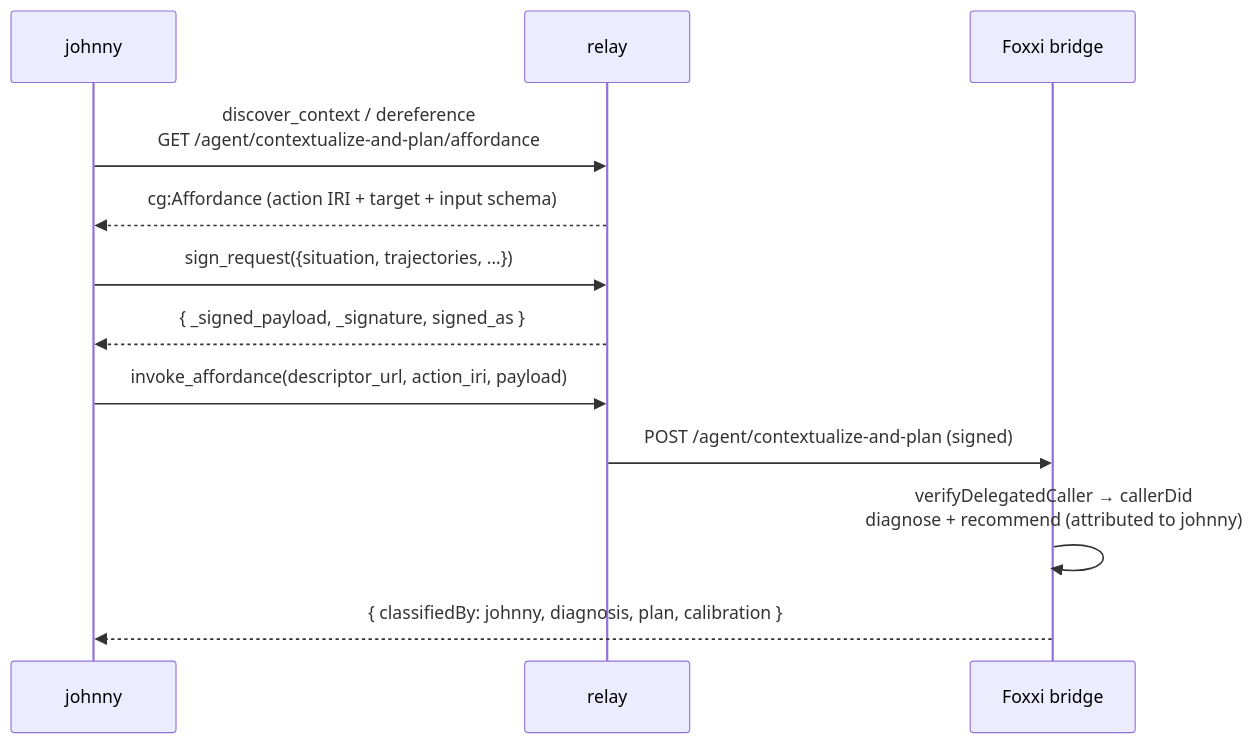
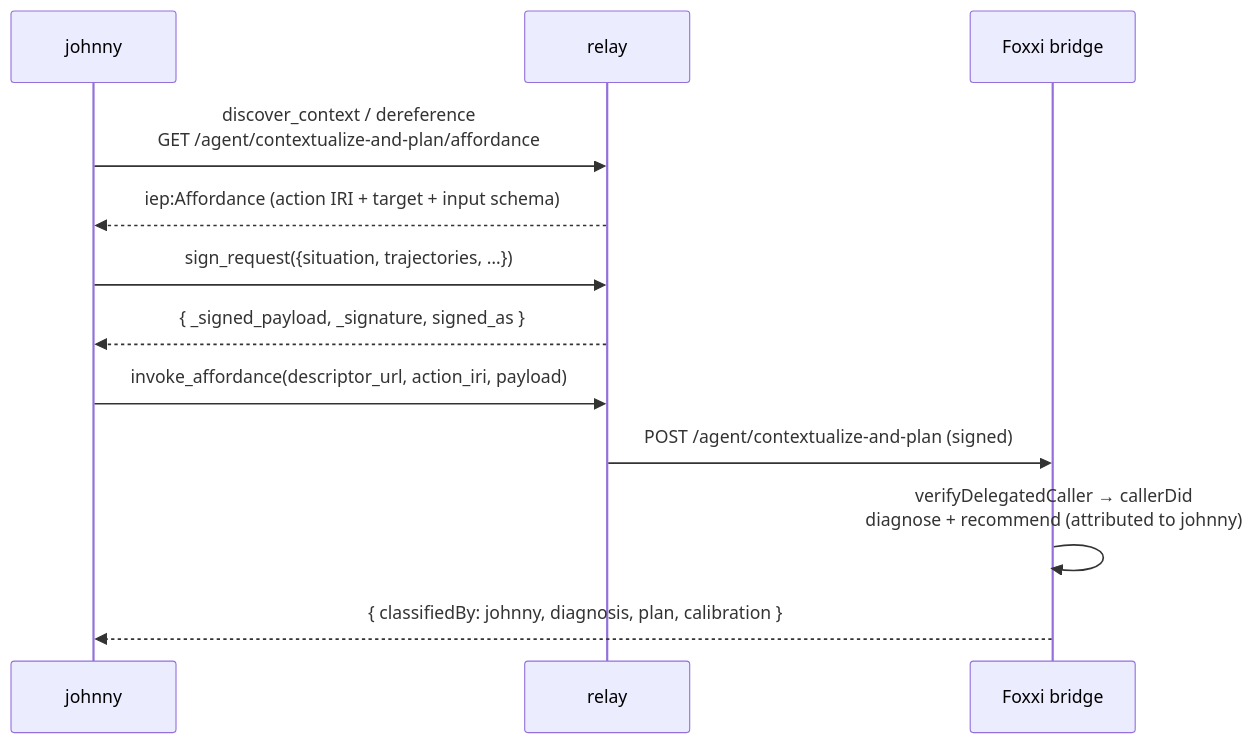
Before and after one commit to markjspivey-xwisee/interego: the fifth of 8 diagrams in ENGAGEMENT-REPORT.md, drawn with Mermaid. The commit also changed other lines of this file and 454 other files, not shown here.

````diff
--- a/ENGAGEMENT-REPORT.md
+++ b/ENGAGEMENT-REPORT.md
@@ -190,14 +190,14 @@
 ```mermaid
 sequenceDiagram
   participant J as johnny
   participant RLY as relay
   participant BR as Foxxi bridge
   J->>RLY: discover_context / dereference<br/>GET /agent/contextualize-and-plan/affordance
-  RLY-->>J: cg:Affordance (action IRI + target + input schema)
+  RLY-->>J: iep:Affordance (action IRI + target + input schema)
   J->>RLY: sign_request({situation, trajectories, …})
   RLY-->>J: { _signed_payload, _signature, signed_as }
   J->>RLY: invoke_affordance(descriptor_url, action_iri, payload)
   RLY->>BR: POST /agent/contextualize-and-plan (signed)
   BR->>BR: verifyDelegatedCaller → callerDid<br/>diagnose + recommend (attributed to johnny)
   BR-->>J: { classifiedBy: johnny, diagnosis, plan, calibration }
 ```
````
